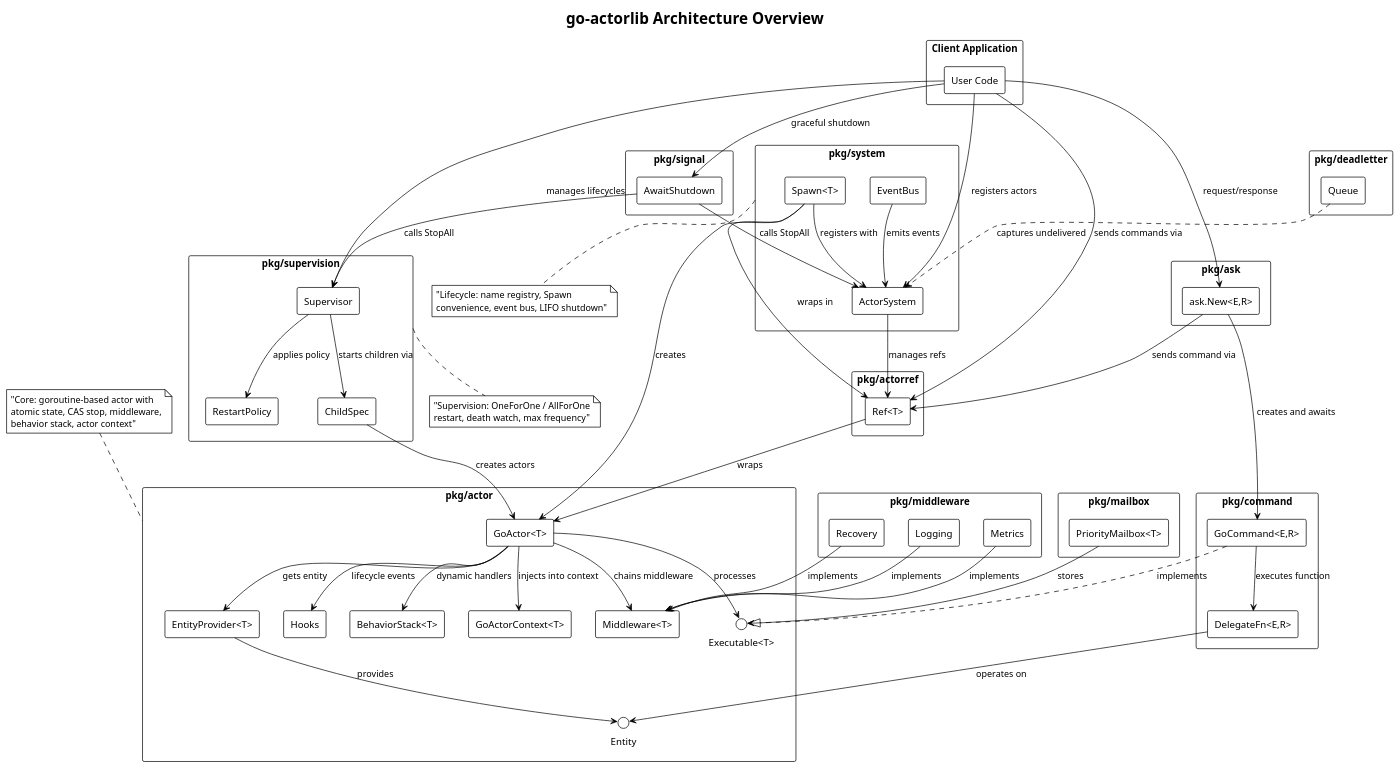
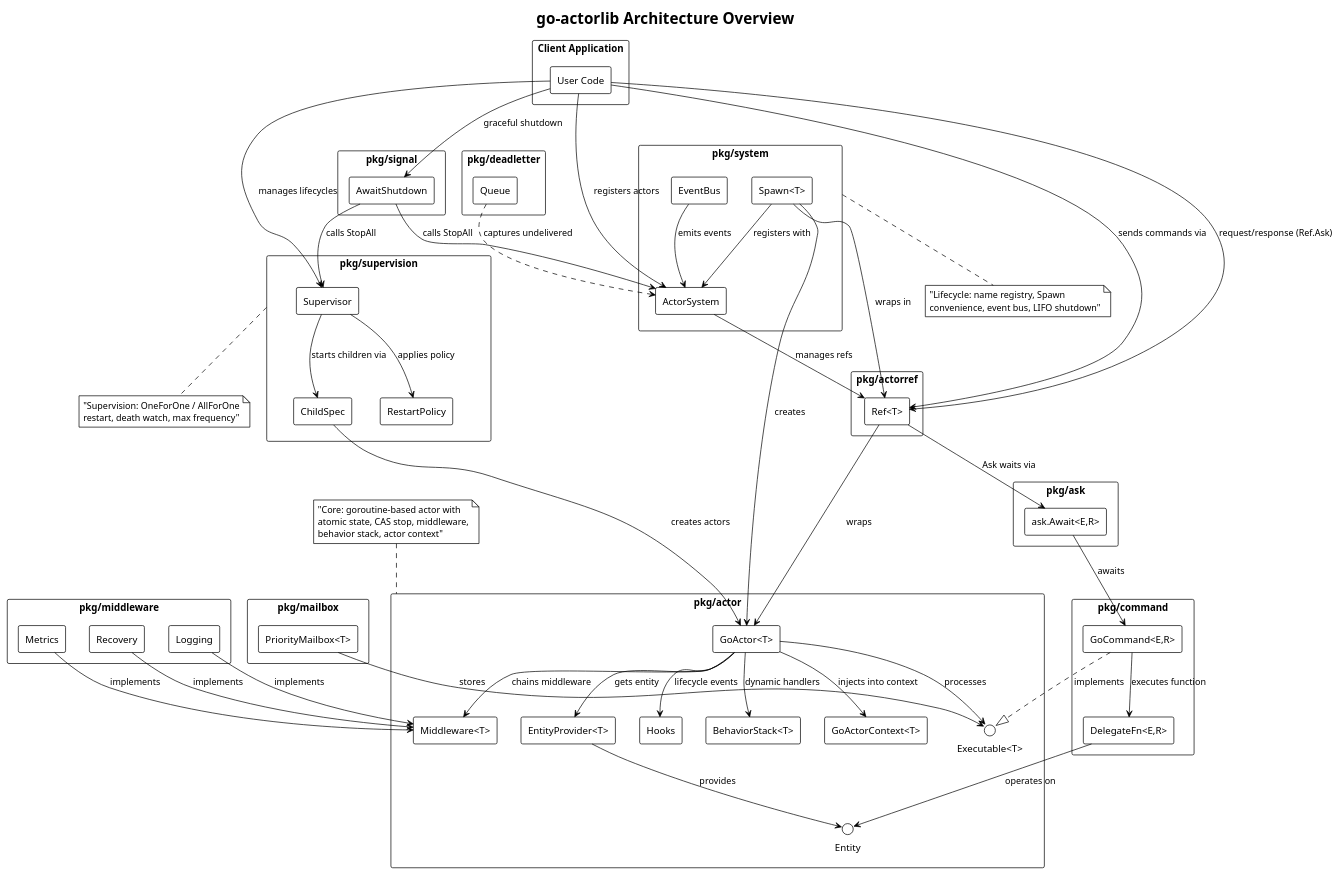
One commit to barnowlsnest/go-actorlib changed the diagram in docs/architecture.puml. Above: the diagram before and after it, drawn with PlantUML. The commit also changed 6 other files, not shown here.

First line of the commit message:
docs: document generic-method API for system and Ref.Ask

```diff
--- a/docs/architecture.puml
+++ b/docs/architecture.puml
@@ -1,126 +1,126 @@
 @startuml go-actorlib-architecture
 !theme plain
 skinparam backgroundColor #FFFFFF
 skinparam componentStyle rectangle
 skinparam packageStyle rectangle
 
 title go-actorlib Architecture Overview
 
 package "Client Application" as client {
   component [User Code] as user
 }
 
 package "pkg/actor" as actor_pkg {
   component [GoActor<T>] as actor
   component [EntityProvider<T>] as provider
   component [Hooks] as hooks
   component [BehaviorStack<T>] as behavior
   component [GoActorContext<T>] as actorctx
   component [Middleware<T>] as mw
   interface "Entity" as entity
   interface "Executable<T>" as executable
 }
 
 package "pkg/actorref" as ref_pkg {
   component [Ref<T>] as ref
 }
 
 package "pkg/command" as command_pkg {
   component [GoCommand<E,R>] as command
   component [DelegateFn<E,R>] as delegate
 }
 
 package "pkg/ask" as ask_pkg {
-  component [ask.New<E,R>] as ask
+  component [ask.Await<E,R>] as ask
 }
 
 package "pkg/system" as system_pkg {
   component [ActorSystem] as system
   component [Spawn<T>] as spawn
   component [EventBus] as eventbus
 }
 
 package "pkg/supervision" as sup_pkg {
   component [Supervisor] as supervisor
   component [ChildSpec] as childspec
   component [RestartPolicy] as restartpolicy
 }
 
 package "pkg/middleware" as middleware_pkg {
   component [Logging] as logging
   component [Metrics] as metrics
   component [Recovery] as recovery
 }
 
 package "pkg/deadletter" as dl_pkg {
   component [Queue] as dlq
 }
 
 package "pkg/signal" as signal_pkg {
   component [AwaitShutdown] as signal
 }
 
 package "pkg/mailbox" as mailbox_pkg {
   component [PriorityMailbox<T>] as priombox
 }
 
 ' Client relationships
 user --> ref : sends commands via
-user --> ask : request/response
+user --> ref : request/response (Ref.Ask)
 user --> system : registers actors
 user --> supervisor : manages lifecycles
 user --> signal : graceful shutdown
 
 ' Core actor relationships
 ref --> actor : wraps
 actor --> provider : gets entity
 actor --> hooks : lifecycle events
 actor --> executable : processes
 actor --> behavior : dynamic handlers
 actor --> actorctx : injects into context
 actor --> mw : chains middleware
 provider --> entity : provides
 command ..|> executable : implements
 
 ' Command relationships
 command --> delegate : executes function
 delegate --> entity : operates on
 
 ' Ask uses Ref
-ask --> ref : sends command via
-ask --> command : creates and awaits
+ref --> ask : Ask waits via
+ask --> command : awaits
 
 ' System relationships
 system --> ref : manages refs
 spawn --> actor : creates
 spawn --> ref : wraps in
 spawn --> system : registers with
 eventbus --> system : emits events
 
 ' Supervision
 supervisor --> childspec : starts children via
 supervisor --> restartpolicy : applies policy
 childspec --> actor : creates actors
 
 ' Middleware implementations
 logging --> mw : implements
 metrics --> mw : implements
 recovery --> mw : implements
 
 ' Signal integration
 signal --> system : calls StopAll
 signal --> supervisor : calls StopAll
 
 ' Priority mailbox
 priombox --> executable : stores
 
 ' Dead letter queue
 dlq ..> system : captures undelivered
 
 note top of actor_pkg : "Core: goroutine-based actor with\natomic state, CAS stop, middleware,\nbehavior stack, actor context"
 
 note bottom of system_pkg : "Lifecycle: name registry, Spawn\nconvenience, event bus, LIFO shutdown"
 
 note bottom of sup_pkg : "Supervision: OneForOne / AllForOne\nrestart, death watch, max frequency"
 
 @enduml
```
